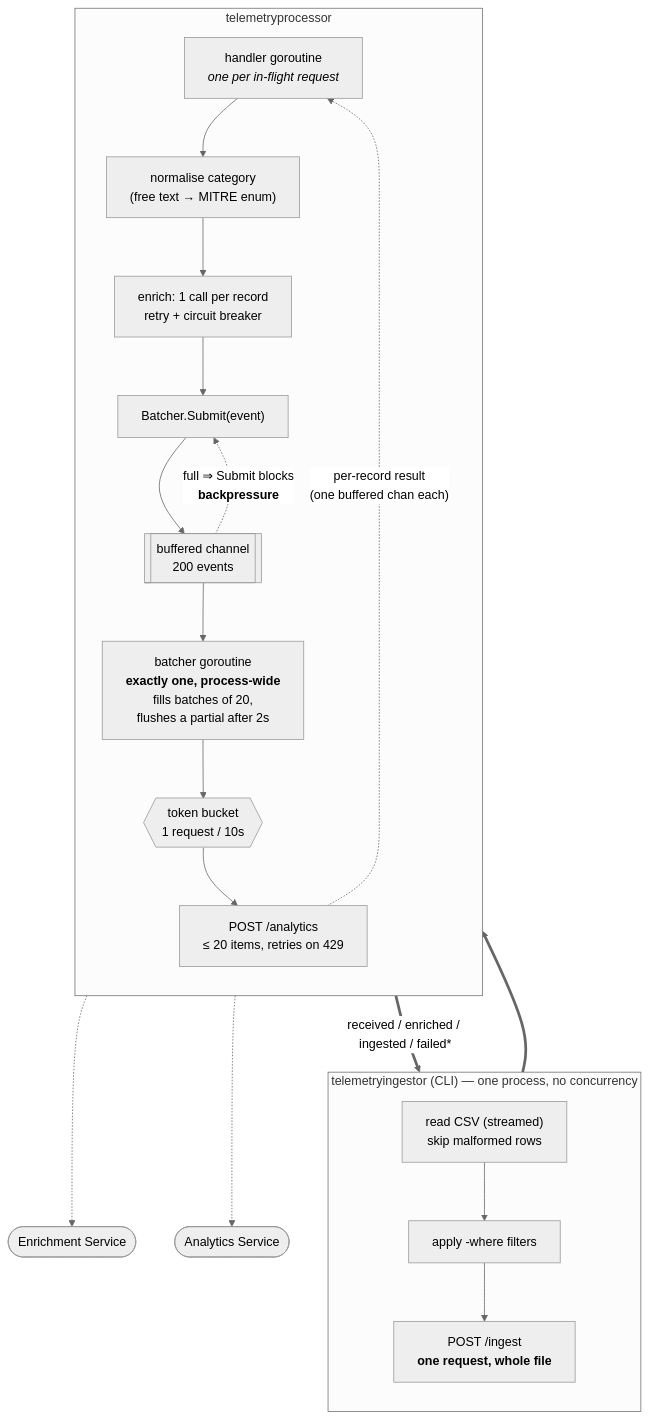
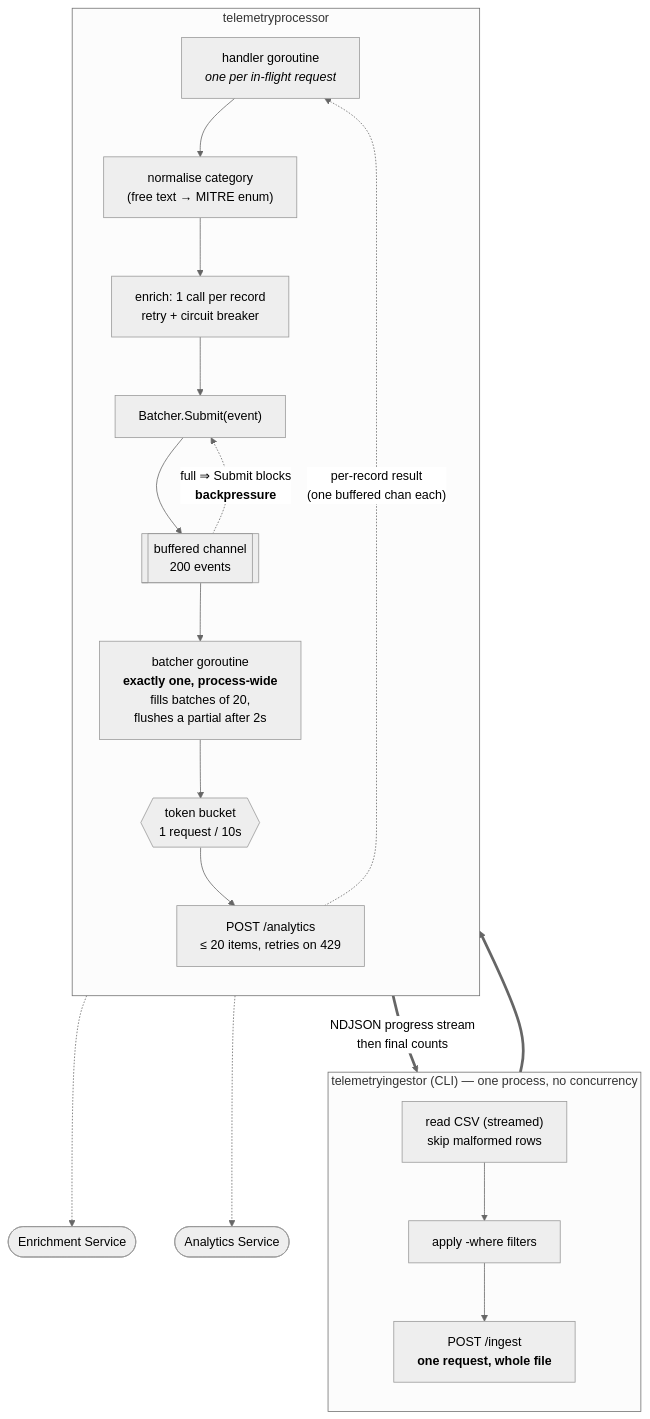
One commit to avimehenwal/secops-telemetry-ingestion changed the diagram in README.md. Above: the diagram before and after it, drawn with Mermaid (neutral theme). The commit also changed other lines of this file and 7 other files, not shown here.

Commit message:
feat: Stream processing progress in cli

````diff
--- a/README.md
+++ b/README.md
@@ -25,28 +25,28 @@
 ```mermaid
 flowchart TB
     subgraph cli["telemetryingestor (CLI) — one process, no concurrency"]
         direction TB
         READ["read CSV (streamed)<br/>skip malformed rows"] --> FILTER["apply -where filters"]
         FILTER --> POST["POST /ingest<br/><b>one request, whole file</b>"]
     end
 
     subgraph proc["telemetryprocessor"]
         direction TB
         HANDLER["handler goroutine<br/><i>one per in-flight request</i>"]
         HANDLER --> NORM["normalise category<br/>(free text → MITRE enum)"]
         NORM --> ENRICH["enrich: 1 call per record<br/>retry + circuit breaker"]
         ENRICH --> SUBMIT["Batcher.Submit(event)"]
         SUBMIT --> QUEUE[["buffered channel<br/>200 events"]]
         QUEUE --> BATCHER["batcher goroutine<br/><b>exactly one, process-wide</b><br/>fills batches of 20,<br/>flushes a partial after 2s"]
         BATCHER --> LIMIT{{"token bucket<br/>1 request / 10s"}}
         LIMIT --> SEND["POST /analytics<br/>≤ 20 items, retries on 429"]
     end
 
     POST ==> HANDLER
     ENRICH -.-> ENRSVC(["Enrichment Service"])
     SEND -.-> ANASVC(["Analytics Service"])
     SEND -.->|"per-record result<br/>(one buffered chan each)"| HANDLER
-    HANDLER ==>|"received / enriched / ingested / failed*"| POST
+    HANDLER ==>|"NDJSON progress stream<br/>then final counts"| POST
 
     QUEUE -.->|"full ⇒ Submit blocks<br/><b>backpressure</b>"| SUBMIT
 ```
````
